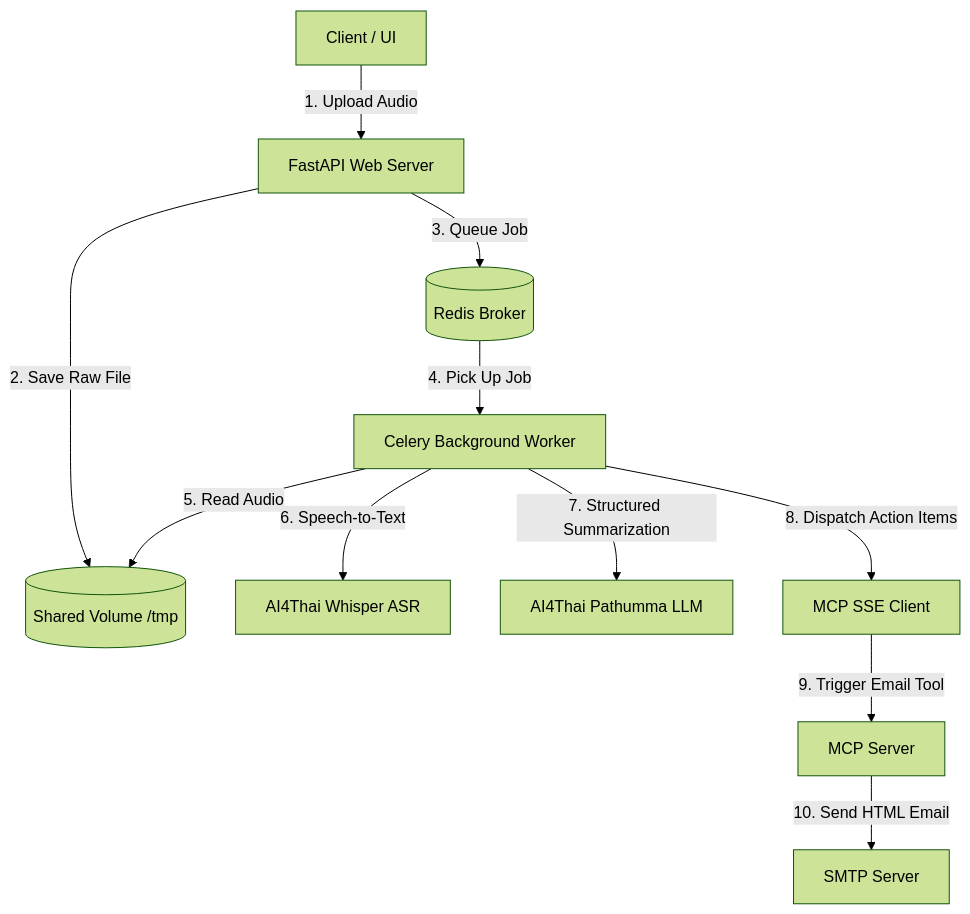
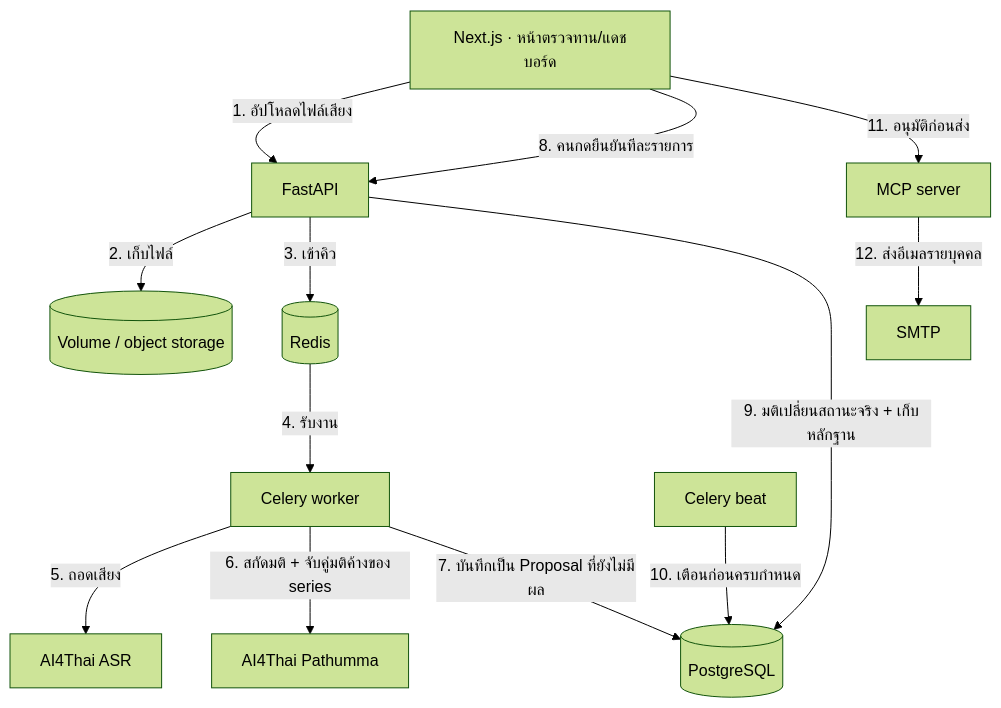
Before and after one commit to PaweekornS/SARA: the diagram in README.md, drawn with Mermaid (forest theme). The commit also changed other lines of this file and 42 other files, not shown here.

````diff
--- a/README.md
+++ b/README.md
@@ -7,13 +37,15 @@
 ```mermaid
 graph TD
-    Client[Client / UI] -->|1. Upload Audio| API[FastAPI Web Server]
-    API -->|2. Save Raw File| SharedTmp[(Shared Volume /tmp)]
-    API -->|3. Queue Job| Redis[(Redis Broker)]
-    Redis -->|4. Pick Up Job| Worker[Celery Background Worker]
-    Worker -->|5. Read Audio| SharedTmp
-    Worker -->|6. Speech-to-Text| AI4ThaiASR[AI4Thai Whisper ASR]
-    Worker -->|7. Structured Summarization| AI4ThaiLLM[AI4Thai Pathumma LLM]
-    Worker -->|8. Dispatch Action Items| MCPAgent[MCP SSE Client]
-    MCPAgent -->|9. Trigger Email Tool| MCPServer[MCP Server]
-    MCPServer -->|10. Send HTML Email| SMTP[SMTP Server]
+    UI[Next.js · หน้าตรวจทาน/แดชบอร์ด] -->|1. อัปโหลดไฟล์เสียง| API[FastAPI]
+    API -->|2. เก็บไฟล์| Storage[(Volume / object storage)]
+    API -->|3. เข้าคิว| Redis[(Redis)]
+    Redis -->|4. รับงาน| Worker[Celery worker]
+    Worker -->|5. ถอดเสียง| ASR[AI4Thai ASR]
+    Worker -->|6. สกัดมติ + จับคู่มติค้างของ series| LLM[AI4Thai Pathumma]
+    Worker -->|7. บันทึกเป็น Proposal ที่ยังไม่มีผล| DB[(PostgreSQL)]
+    UI -->|8. คนกดยืนยันทีละรายการ| API
+    API -->|9. มติเปลี่ยนสถานะจริง + เก็บหลักฐาน| DB
+    Beat[Celery beat] -->|10. เตือนก่อนครบกำหนด| DB
+    UI -->|11. อนุมัติก่อนส่ง| MCP[MCP server]
+    MCP -->|12. ส่งอีเมลรายบุคคล| SMTP[SMTP]
 ```
````
